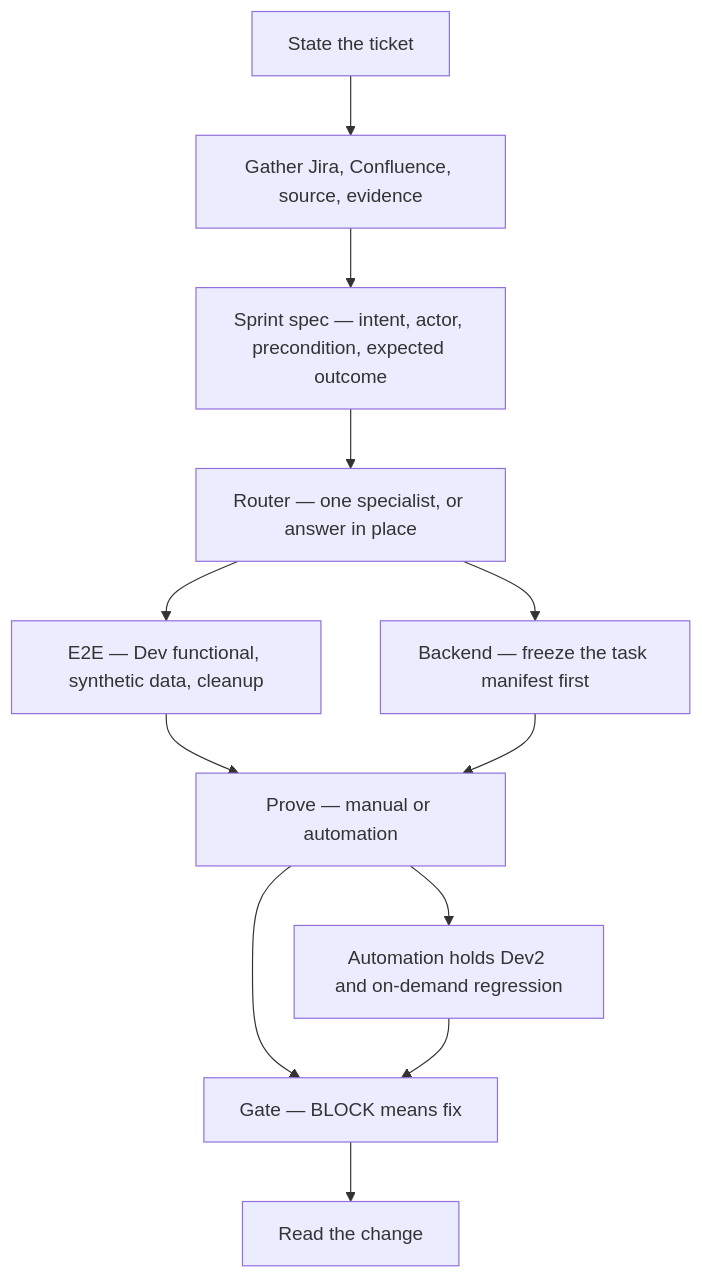
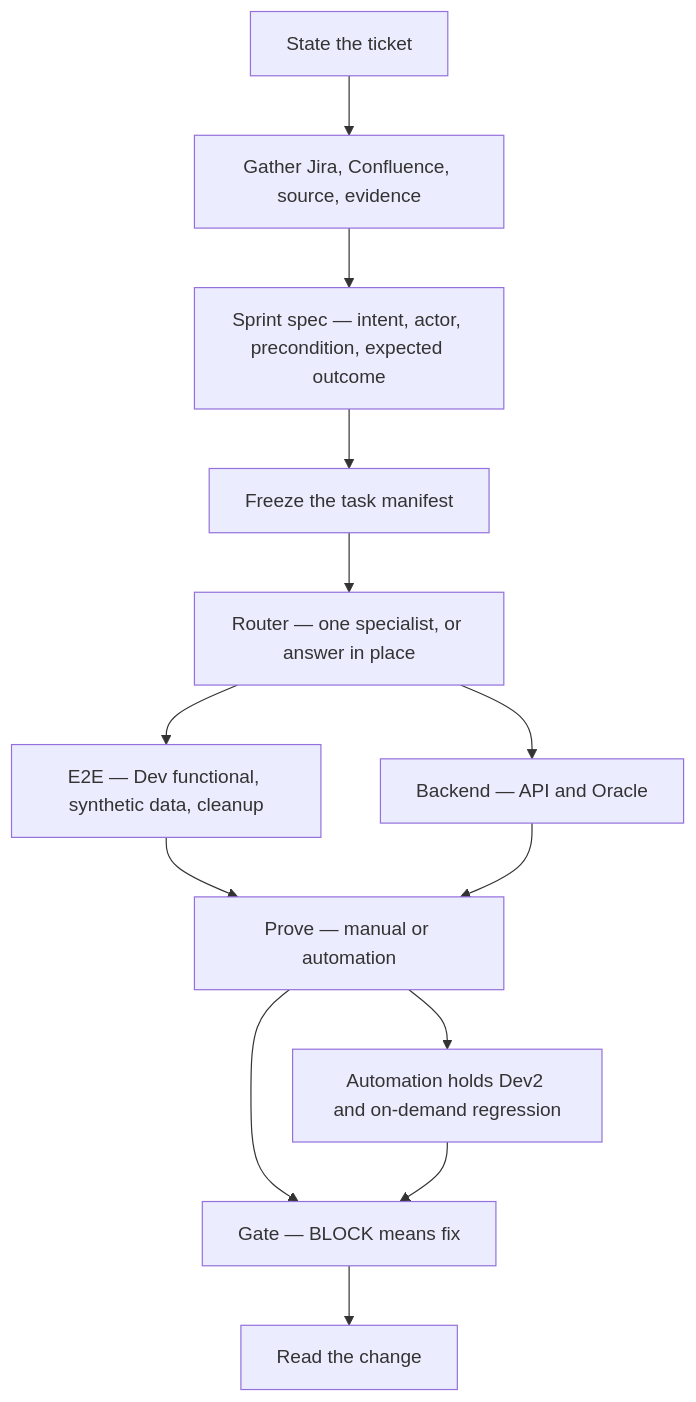
Before and after one commit to lfyagya/fhf-qa-harness-os: diagram 12 of 15 in docs/adoption/qa-ai-adoption-strategy.md, drawn with Mermaid. The commit also changed other lines of this file and 1 other file, not shown here.

First line of the commit message:
docs(adoption): propagate one-task-one-manifest into the adoption docs

````diff
--- a/docs/adoption/qa-ai-adoption-strategy.md
+++ b/docs/adoption/qa-ai-adoption-strategy.md
@@ -364,14 +363,15 @@
 ```mermaid
 flowchart TD
   T[State the ticket] --> G[Gather Jira, Confluence, source, evidence]
   G --> S[Sprint spec — intent, actor, precondition, expected outcome]
-  S --> R[Router — one specialist, or answer in place]
+  S --> M[Freeze the task manifest]
+  M --> R[Router — one specialist, or answer in place]
   R --> E[E2E — Dev functional, synthetic data, cleanup]
-  R --> B[Backend — freeze the task manifest first]
+  R --> B[Backend — API and Oracle]
   E --> V[Prove — manual or automation]
   B --> V
   V --> A[Automation holds Dev2 and on-demand regression]
   V --> GT[Gate — BLOCK means fix]
   A --> GT
   GT --> D[Read the change]
 ```
````
